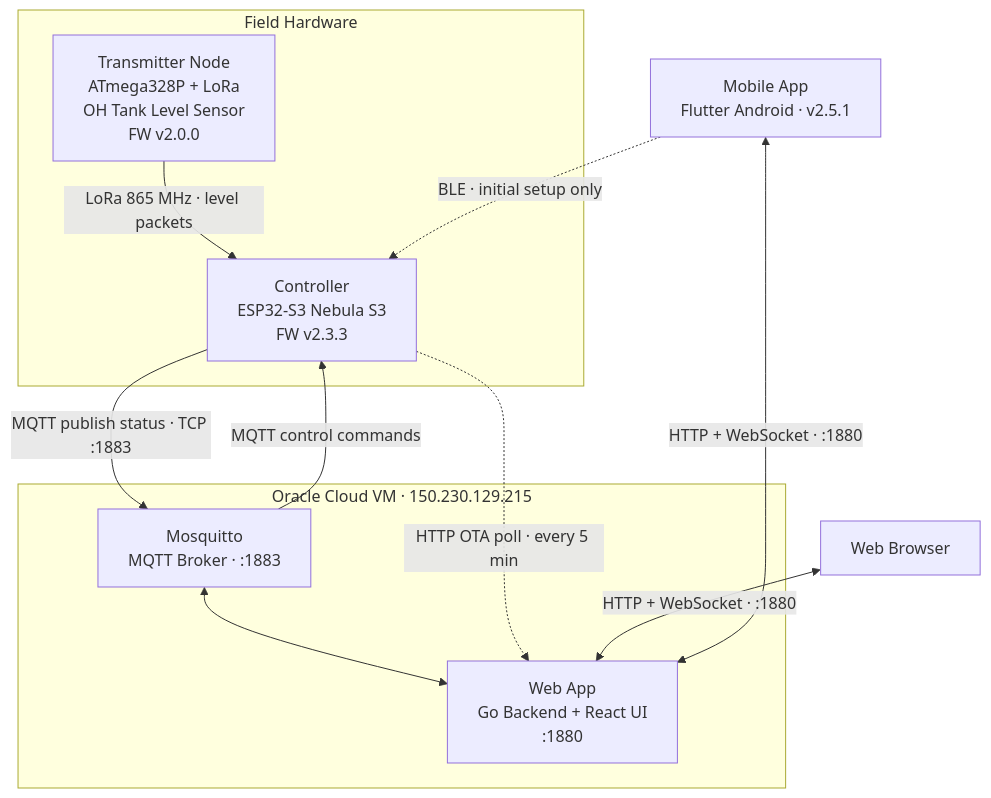
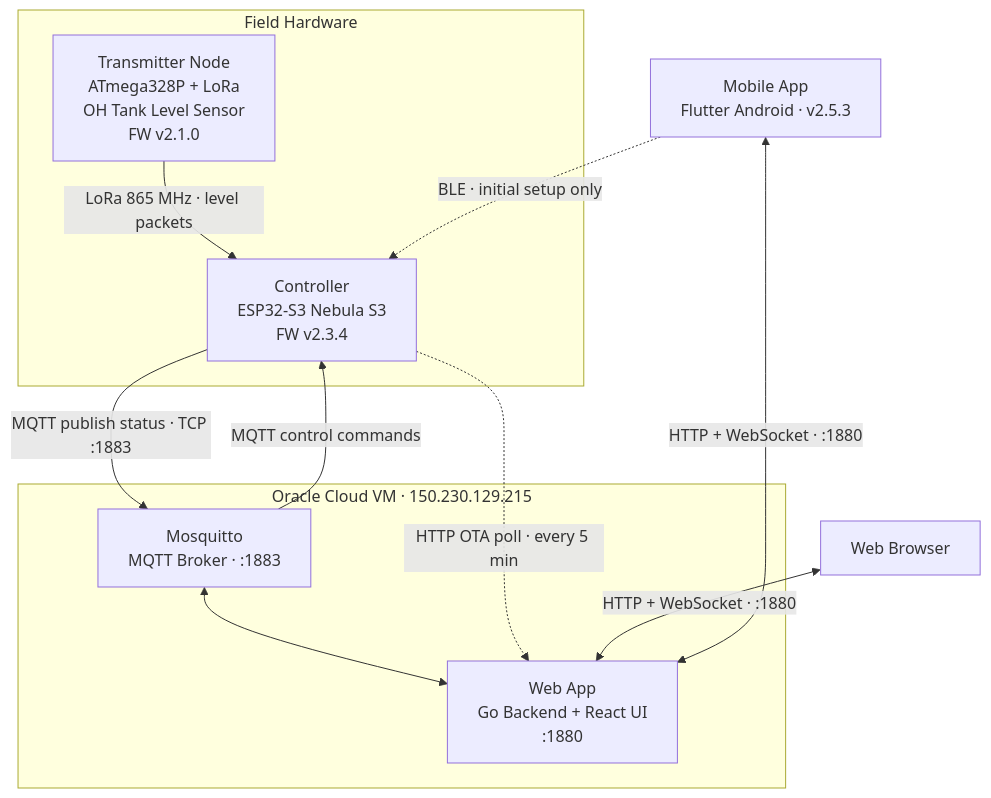
Before and after one commit to nperiannan/TankMonitor: the first of 2 diagrams in README.md, drawn with Mermaid. The commit also changed other lines of this file, not shown here.

Commit message:
docs: fix Mermaid diagram versions and syntax error (double-dash in labels)

````diff
--- a/README.md
+++ b/README.md
@@ -9,25 +9,25 @@
 ```mermaid
 flowchart TD
     subgraph Field["Field Hardware"]
-        TX["Transmitter Node\nATmega328P + LoRa\nOH Tank Level Sensor\nFW v2.0.0"]
-        CTRL["Controller\nESP32-S3 Nebula S3\nFW v2.3.3"]
+        TX["Transmitter Node\nATmega328P + LoRa\nOH Tank Level Sensor\nFW v2.1.0"]
+        CTRL["Controller\nESP32-S3 Nebula S3\nFW v2.3.4"]
         TX -- "LoRa 865 MHz · level packets" --> CTRL
     end
 
     subgraph Server["Oracle Cloud VM · 150.230.129.215"]
         MQ["Mosquitto\nMQTT Broker · :1883"]
         WEB["Web App\nGo Backend + React UI\n:1880"]
         MQ <--> WEB
     end
 
     CTRL -- "MQTT publish status · TCP :1883" --> MQ
     MQ -- "MQTT control commands" --> CTRL
     CTRL -. "HTTP OTA poll · every 5 min" .-> WEB
 
     BROWSER["Web Browser"]
-    APP["Mobile App\nFlutter Android · v2.5.1"]
+    APP["Mobile App\nFlutter Android · v2.5.3"]
 
     BROWSER <-- "HTTP + WebSocket · :1880" --> WEB
     APP <-- "HTTP + WebSocket · :1880" --> WEB
     APP -. "BLE · initial setup only" .-> CTRL
 ```
````
